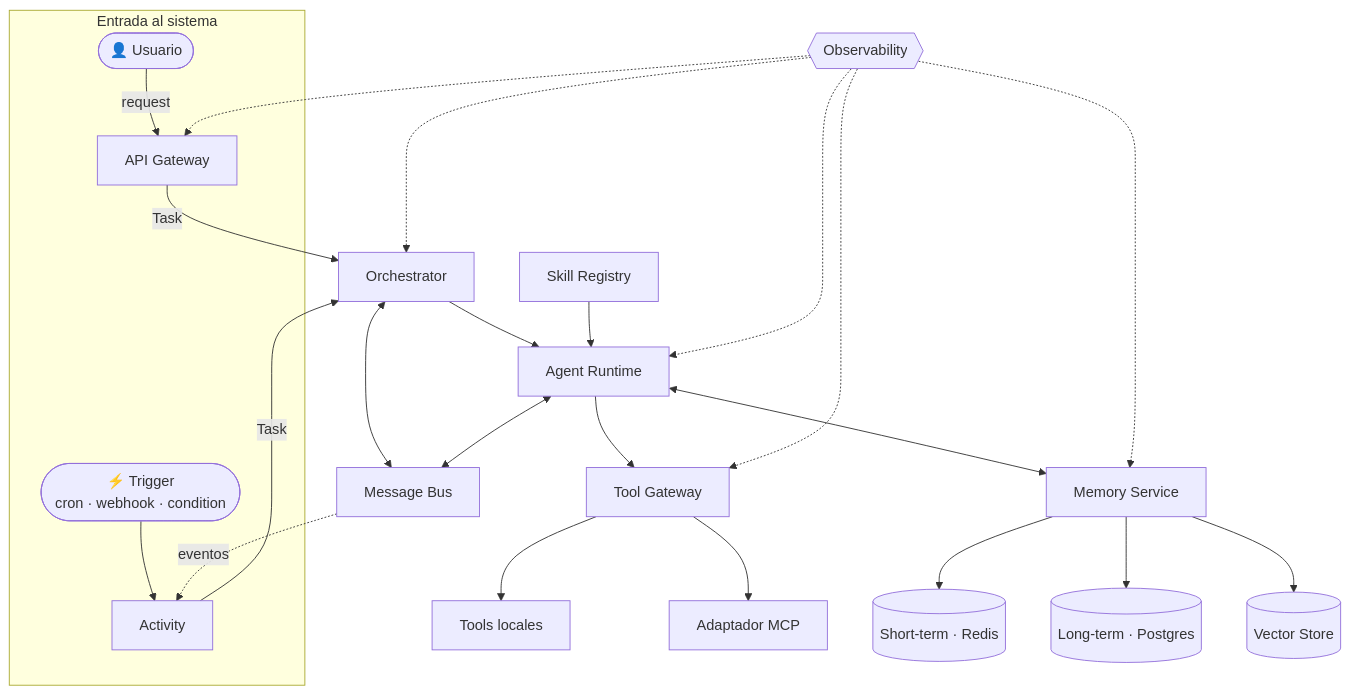
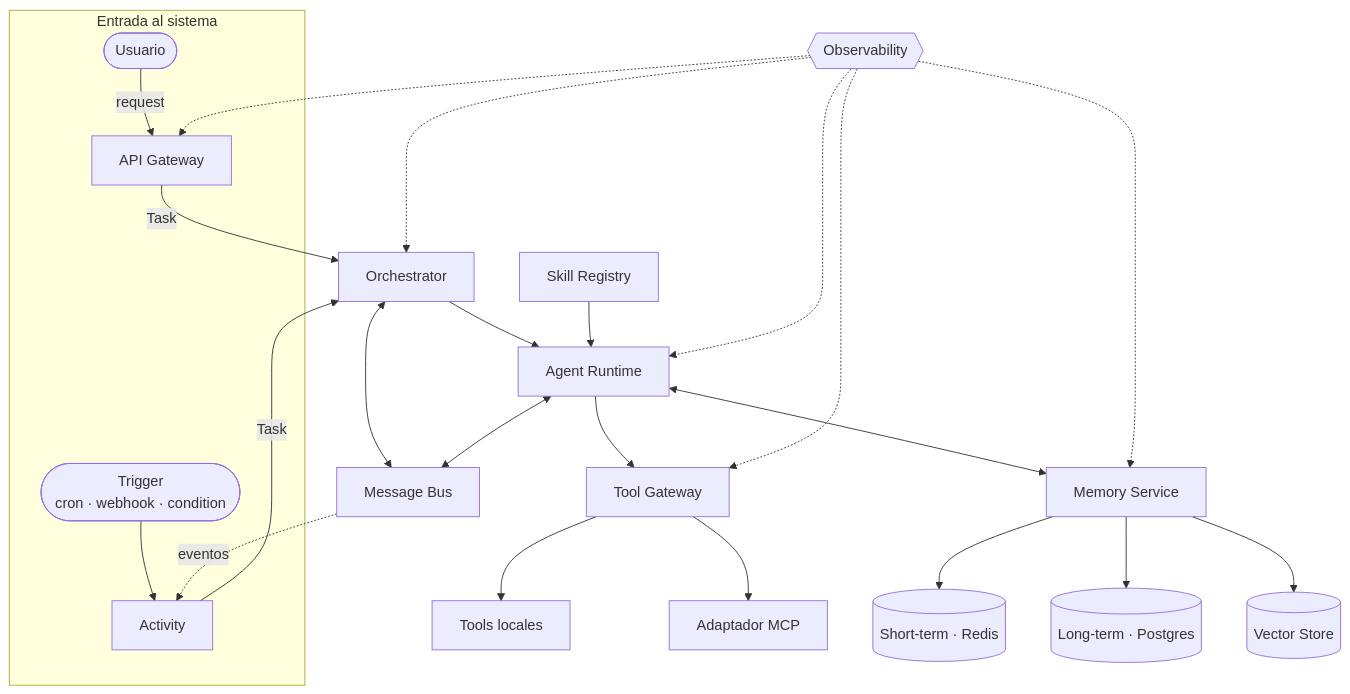
One commit to ahiguerat/openAgents changed the first of 3 diagrams in docs/deprecated/arquitectura.md. Above: the diagram before and after it, drawn with Mermaid. The commit also changed 51 other files, not shown here.

````diff
--- a/docs/deprecated/arquitectura.md
+++ b/docs/deprecated/arquitectura.md
@@ -190,31 +190,31 @@
 ```mermaid
 graph TB
     subgraph Entrada[" Entrada al sistema "]
-        U([👤 Usuario]) -->|request| GW[API Gateway]
-        TRIG([⚡ Trigger\ncron · webhook · condition]) --> ACT[Activity]
+        U([Usuario]) -->|request| GW[API Gateway]
+        TRIG([Trigger\ncron · webhook · condition]) --> ACT[Activity]
     end
 
     GW -->|Task| ORC[Orchestrator]
     ACT -->|Task| ORC
     MB -.->|eventos| ACT
 
     ORC <--> MB[Message Bus]
     ORC --> RT[Agent Runtime]
     RT <--> MB
     RT --> TG[Tool Gateway]
     RT <--> MS[Memory Service]
     SR[Skill Registry] --> RT
 
     TG --> LOCAL[Tools locales]
     TG --> MCP[Adaptador MCP]
 
     MS --> REDIS[(Short-term · Redis)]
     MS --> PG[(Long-term · Postgres)]
     MS --> VEC[(Vector Store)]
 
     OBS{{Observability}} -.-> GW
     OBS -.-> ORC
     OBS -.-> RT
     OBS -.-> TG
     OBS -.-> MS
 ```
````
